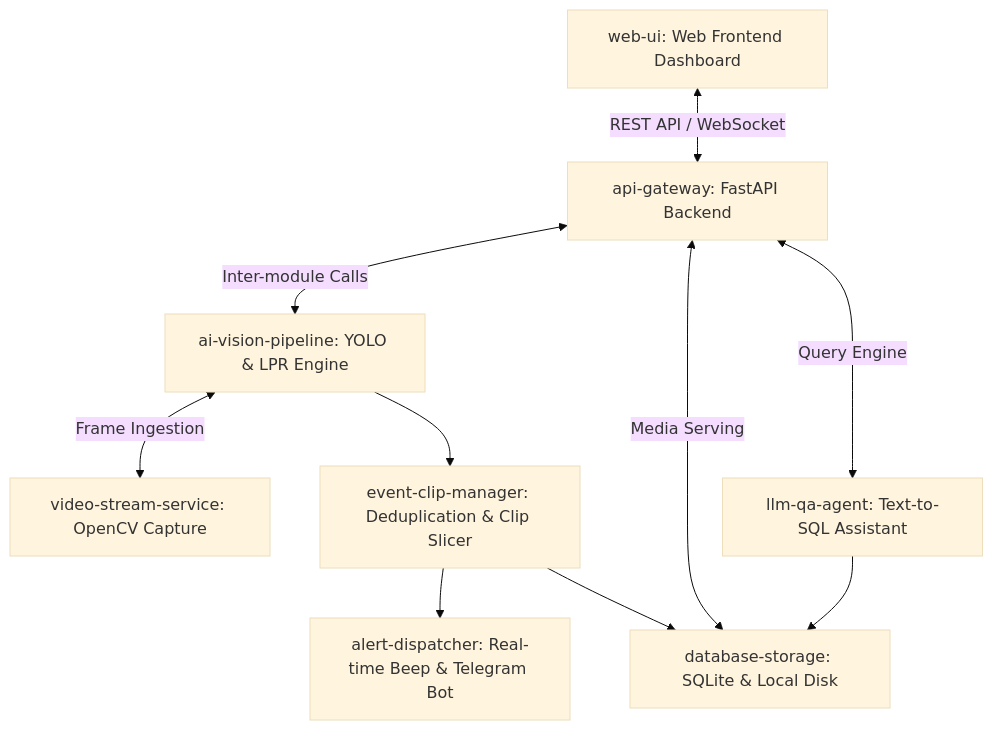
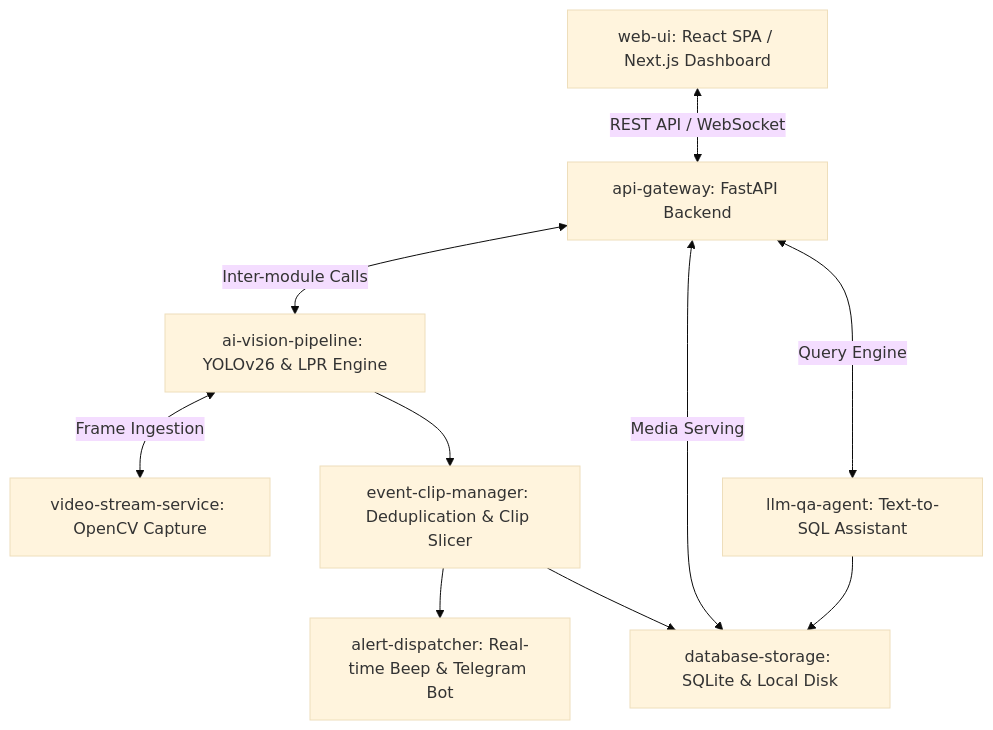
One commit to thanhbinh1801/VisionEdge-AI changed the first of 2 diagrams in .delivery/ARCHITECTURE.md. Above: the diagram before and after it, drawn with Mermaid (base theme). The commit also changed other lines of this file and 145 other files, not shown here.

Commit message:
feat: complete Phase 1 & 2 base code (FastAPI, React SPA, SQLite & YOLO-World)

````diff
--- a/.delivery/ARCHITECTURE.md
+++ b/.delivery/ARCHITECTURE.md
@@ -15,12 +15,12 @@
 ```mermaid
 graph TD
-    UI[web-ui: Web Frontend Dashboard] <-- REST API / WebSocket --> API[api-gateway: FastAPI Backend]
-    API <-- Inter-module Calls --> VIS[ai-vision-pipeline: YOLO & LPR Engine]
+    UI[web-ui: React SPA / Next.js Dashboard] <-- REST API / WebSocket --> API[api-gateway: FastAPI Backend]
+    API <-- Inter-module Calls --> VIS[ai-vision-pipeline: YOLOv26 & LPR Engine]
     API <-- Media Serving --> STOR[database-storage: SQLite & Local Disk]
     VIS <-- Frame Ingestion --> STRM[video-stream-service: OpenCV Capture]
     VIS --> EVT[event-clip-manager: Deduplication & Clip Slicer]
     EVT --> ALT[alert-dispatcher: Real-time Beep & Telegram Bot]
     EVT --> STOR
     API <-- Query Engine --> QA[llm-qa-agent: Text-to-SQL Assistant]
     QA --> STOR
 ```
````
